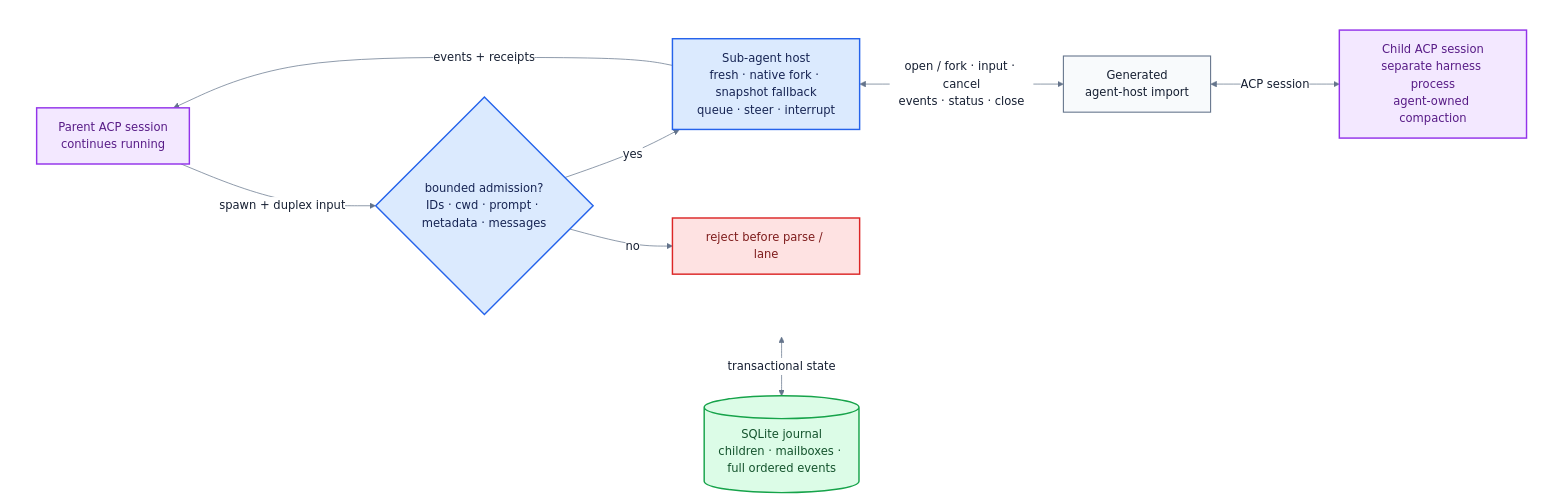
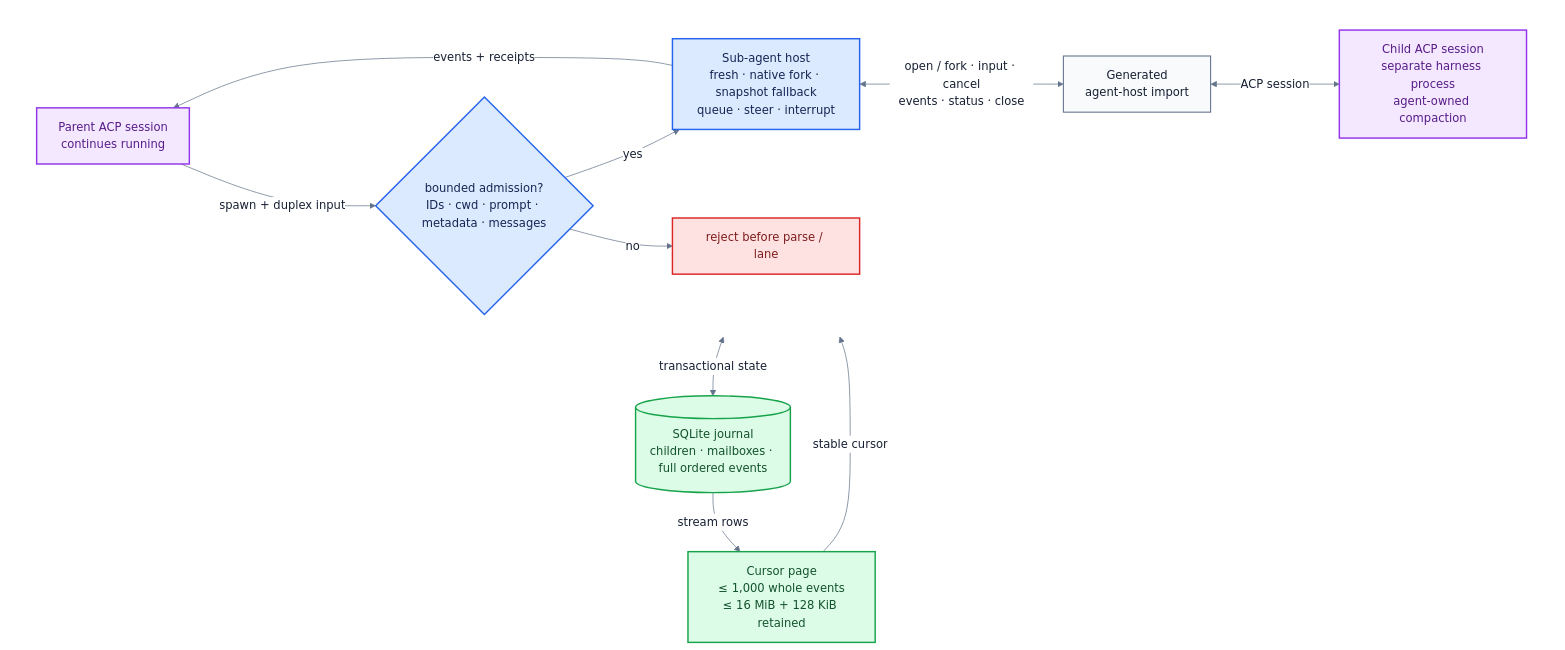
One commit to fontanierh/crab changed the diagram in v2/docs/sub-agent-host-flow.mmd. Above: the diagram before and after it, drawn with Mermaid. The commit also changed 4 other files, not shown here.

```diff
--- a/v2/docs/sub-agent-host-flow.mmd
+++ b/v2/docs/sub-agent-host-flow.mmd
@@ -1,33 +1,35 @@
 %%{init: {"theme": "base", "themeVariables": {"fontFamily": "ui-sans-serif, system-ui, sans-serif", "primaryTextColor": "#172033", "lineColor": "#64748b", "edgeLabelBackground": "#ffffff"}, "flowchart": {"curve": "basis", "nodeSpacing": 42, "rankSpacing": 58}}}%%
 flowchart TB
     subgraph LIVE[" "]
         direction LR
         PARENT["Parent ACP session<br/>continues running"]
         ADMIT{"bounded admission?<br/>IDs · cwd · prompt · metadata · messages"}
         REJECT["reject before parse / lane"]
         HOST["Sub-agent host<br/>fresh · native fork · snapshot fallback<br/>queue · steer · interrupt"]
         IMPORT["Generated<br/>agent-host import"]
         CHILD["Child ACP session<br/>separate harness process<br/>agent-owned compaction"]
 
         PARENT -->|"spawn + duplex input"| ADMIT
         ADMIT -->|"yes"| HOST
         ADMIT -->|"no"| REJECT
         HOST -->|"events + receipts"| PARENT
         HOST <-->|"open / fork · input · cancel<br/>events · status · close"| IMPORT
         IMPORT <-->|"ACP session"| CHILD
     end
     DB[("SQLite journal<br/>children · mailboxes · full ordered events")]
+    PAGE["Cursor page<br/>≤ 1,000 whole events<br/>≤ 16 MiB + 128 KiB retained"]
     HOST <-->|"transactional state"| DB
+    DB -->|"stream rows"| PAGE -->|"stable cursor"| HOST
 
     classDef session fill:#f3e8ff,stroke:#9333ea,stroke-width:2px,color:#581c87;
     classDef runtime fill:#dbeafe,stroke:#2563eb,stroke-width:2px,color:#172554;
     classDef durable fill:#dcfce7,stroke:#16a34a,stroke-width:2px,color:#14532d;
     classDef boundary fill:#f8fafc,stroke:#64748b,stroke-width:1.5px,color:#172033;
     classDef reject fill:#fee2e2,stroke:#dc2626,stroke-width:2px,color:#7f1d1d;
 
     class PARENT,CHILD session;
     class ADMIT,HOST runtime;
     class REJECT reject;
-    class DB durable;
+    class DB,PAGE durable;
     class IMPORT boundary;
     style LIVE fill:none,stroke:none;
```
